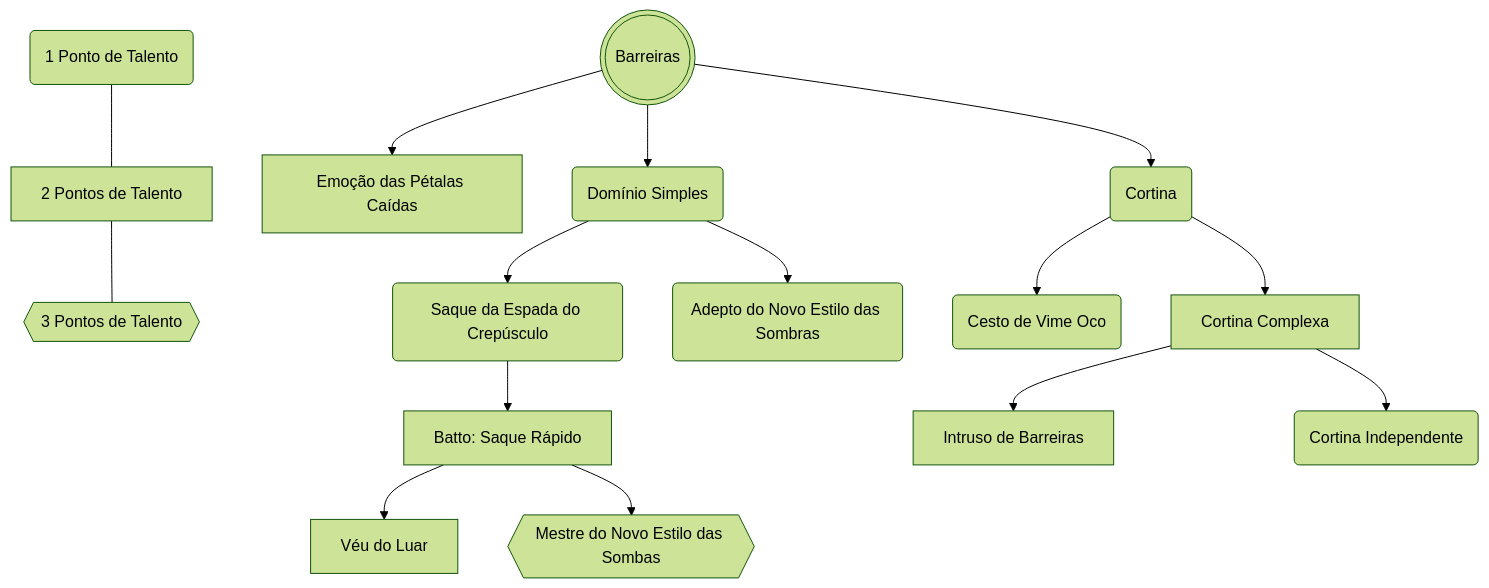
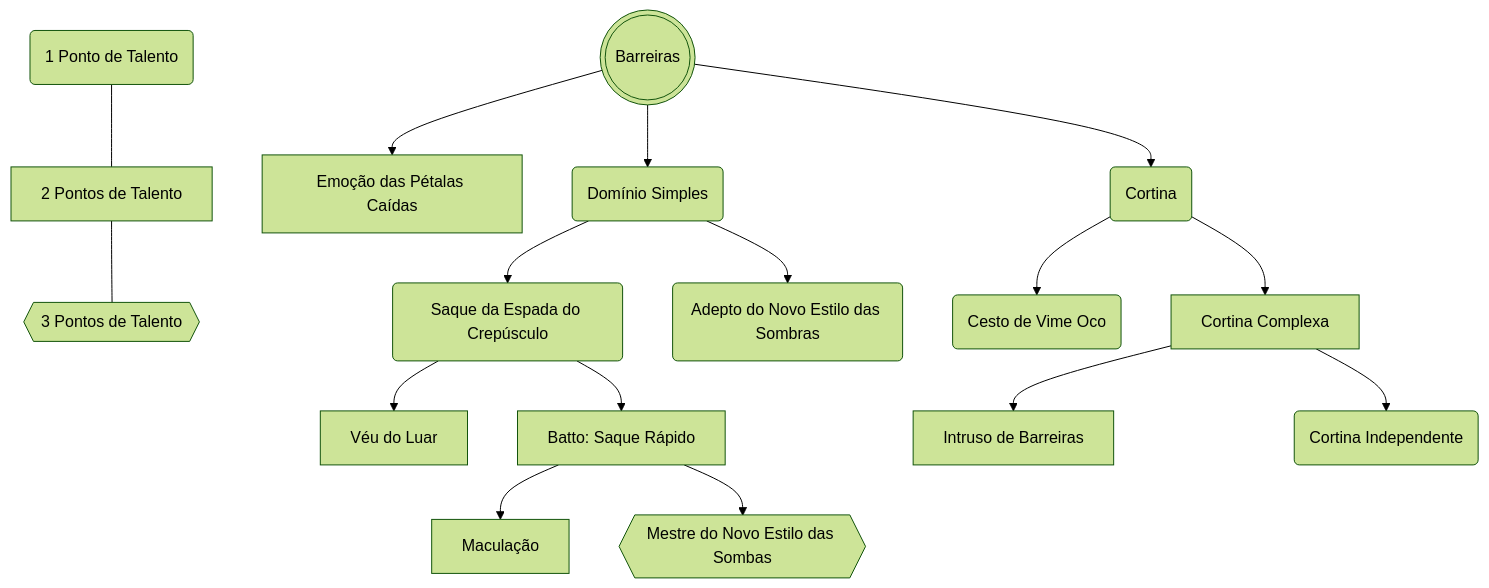
The diagram in content/Talentos/Barreiras.md (LuanSilveiraSouza/dnd-5e-jjk-suplement), drawn with Mermaid (forest theme) before and after one commit. The commit also changed other lines of this file and 38 other files, not shown here.

````diff
--- a/content/Talentos/Barreiras.md
+++ b/content/Talentos/Barreiras.md
@@ -1,35 +1,37 @@
 ```mermaid
 flowchart TD
 id90(1 Ponto de Talento)
 id91[2 Pontos de Talento]
 id92{{3 Pontos de Talento}}
 id90 --- id91
 id91 --- id92
 
 id1(((Barreiras)))
 id2[Emoção das Pétalas Caídas]
 id11(Domínio Simples)
 id12(Saque da Espada do Crepúsculo)
 id13(Adepto do Novo Estilo das Sombras)
-id14[Batto: Saque Rápido]
-id15[Véu do Luar]
-id16{{Mestre do Novo Estilo das Sombas}}
+id14[Véu do Luar]
+id15[Batto: Saque Rápido]
+id16[Maculação]
+id17{{Mestre do Novo Estilo das Sombas}}
 id21(Cortina)
 id22(Cesto de Vime Oco)
 id23[Cortina Complexa]
 id24[Intruso de Barreiras]
 id25(Cortina Independente)
 
 id1 --> id2
 id1 --> id11
 id11 --> id12
 id11 --> id13
 id12 --> id14
-id14 --> id15
-id14 --> id16
+id12 --> id15
+id15 --> id16
+id15 --> id17
 id1 --> id21
 id21 --> id22
 id21 --> id23
 id23 --> id24
 id23 --> id25
 ```
````
